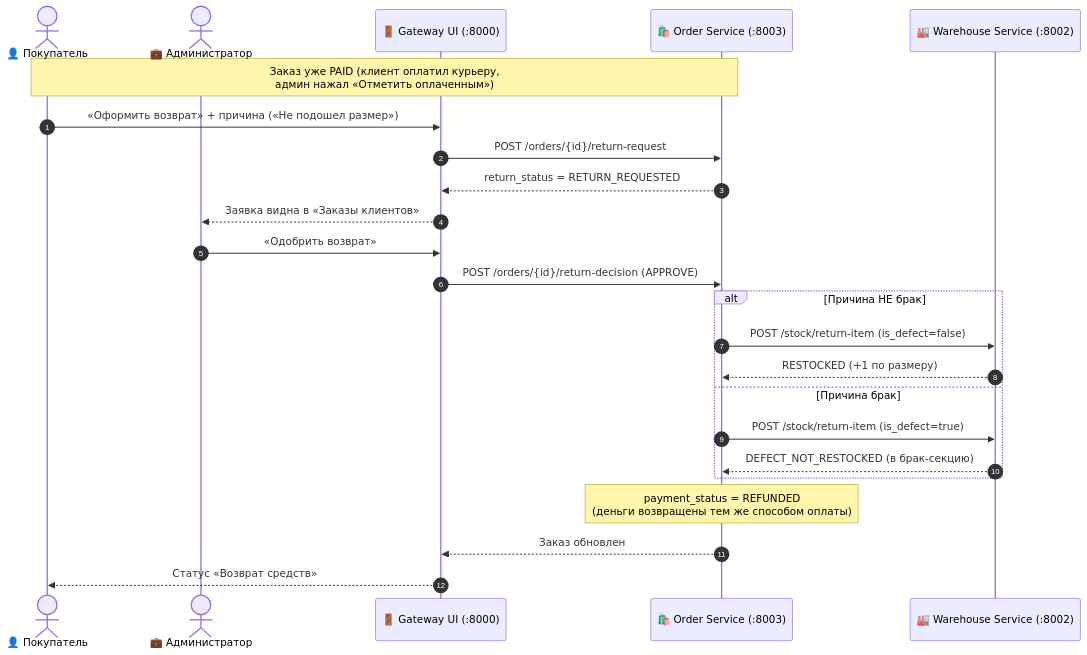
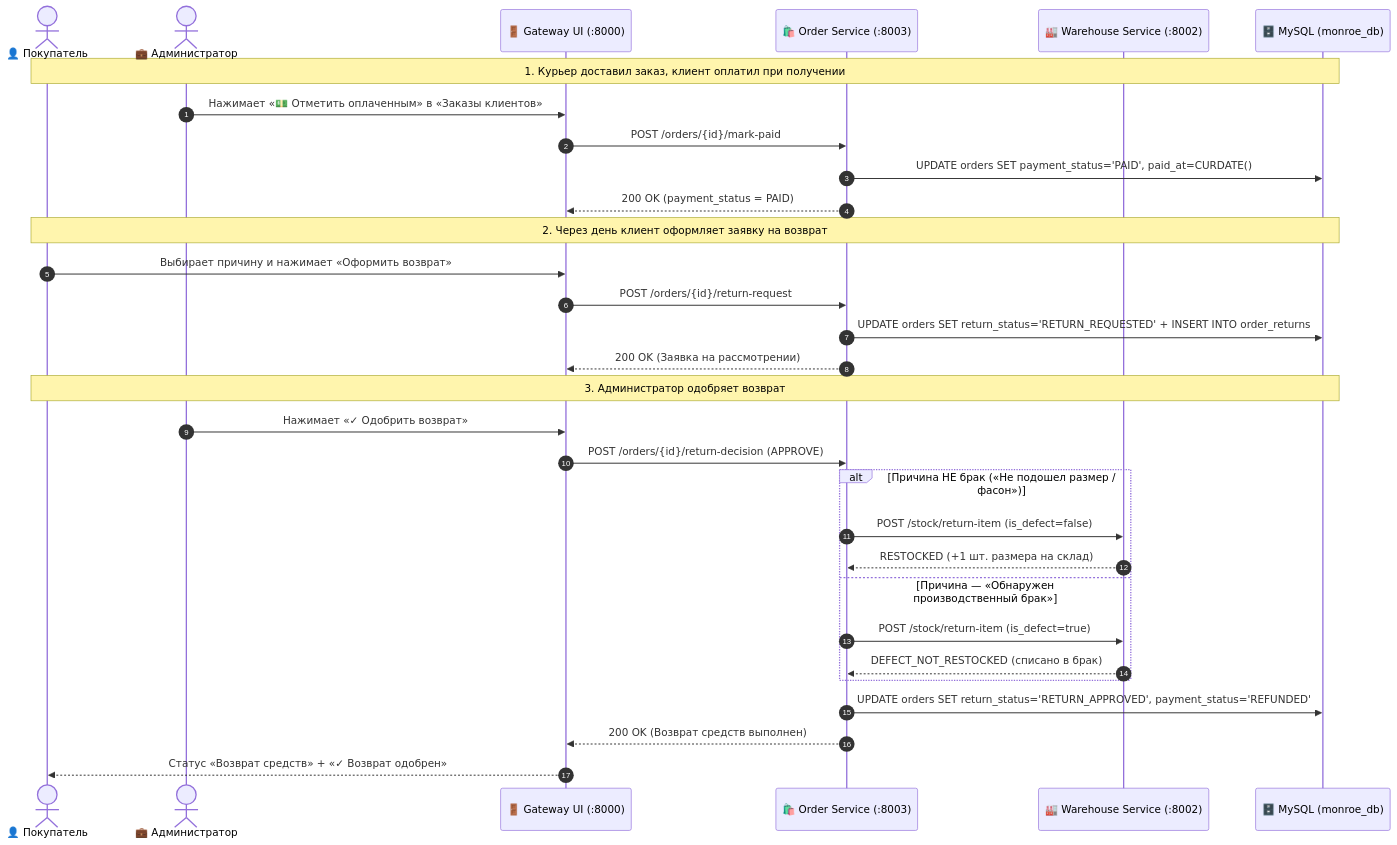
Before and after one commit to anya-gor/project2026: the fourth of 7 diagrams in README.md, drawn with Mermaid. The commit also changed other lines of this file and 1 other file, not shown here.

Commit message:
Docs: comprehensive business requirements, risk matrix, 7 MySQL tables and 7 UML Mermaid diagrams

````diff
--- a/README.md
+++ b/README.md
@@ -238,27 +236,36 @@
 ```mermaid
 sequenceDiagram
     autonumber
     actor Client as 👤 Покупатель
     actor Admin as 💼 Администратор
     participant GW as 🚪 Gateway UI (:8000)
     participant OS as 🛍️ Order Service (:8003)
     participant WS as 🏭 Warehouse Service (:8002)
+    participant DB as 🗄️ MySQL (monroe_db)
 
-    Note over Client,OS: Заказ уже PAID (клиент оплатил курьеру,<br/>админ нажал «Отметить оплаченным»)
-    Client->>GW: «Оформить возврат» + причина («Не подошел размер»)
+    Note over Client,DB: 1. Курьер доставил заказ, клиент оплатил при получении
+    Admin->>GW: Нажимает «💵 Отметить оплаченным» в «Заказы клиентов»
+    GW->>OS: POST /orders/{id}/mark-paid
+    OS->>DB: UPDATE orders SET payment_status='PAID', paid_at=CURDATE()
+    OS-->>GW: 200 OK (payment_status = PAID)
+
+    Note over Client,DB: 2. Через день клиент оформляет заявку на возврат
+    Client->>GW: Выбирает причину и нажимает «Оформить возврат»
     GW->>OS: POST /orders/{id}/return-request
-    OS-->>GW: return_status = RETURN_REQUESTED
-    GW-->>Admin: Заявка видна в «Заказы клиентов»
-    Admin->>GW: «Одобрить возврат»
+    OS->>DB: UPDATE orders SET return_status='RETURN_REQUESTED' + INSERT INTO order_returns
+    OS-->>GW: 200 OK (Заявка на рассмотрении)
+
+    Note over Client,DB: 3. Администратор одобряет возврат
+    Admin->>GW: Нажимает «✓ Одобрить возврат»
     GW->>OS: POST /orders/{id}/return-decision (APPROVE)
-    alt Причина НЕ брак
+    alt Причина НЕ брак («Не подошел размер / фасон»)
         OS->>WS: POST /stock/return-item (is_defect=false)
-        WS-->>OS: RESTOCKED (+1 по размеру)
-    else Причина брак
+        WS-->>OS: RESTOCKED (+1 шт. размера на склад)
+    else Причина — «Обнаружен производственный брак»
         OS->>WS: POST /stock/return-item (is_defect=true)
-        WS-->>OS: DEFECT_NOT_RESTOCKED (в брак-секцию)
+        WS-->>OS: DEFECT_NOT_RESTOCKED (списано в брак)
     end
-    Note over OS: payment_status = REFUNDED<br/>(деньги возвращены тем же способом оплаты)
-    OS-->>GW: Заказ обновлен
-    GW-->>Client: Статус «Возврат средств»
+    OS->>DB: UPDATE orders SET return_status='RETURN_APPROVED', payment_status='REFUNDED'
+    OS-->>GW: 200 OK (Возврат средств выполнен)
+    GW-->>Client: Статус «Возврат средств» + «✓ Возврат одобрен»
 ```
````
